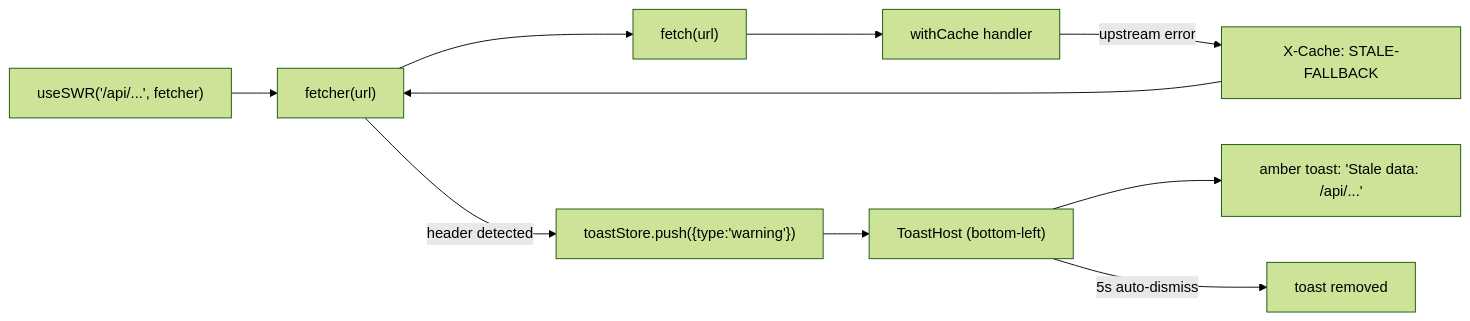
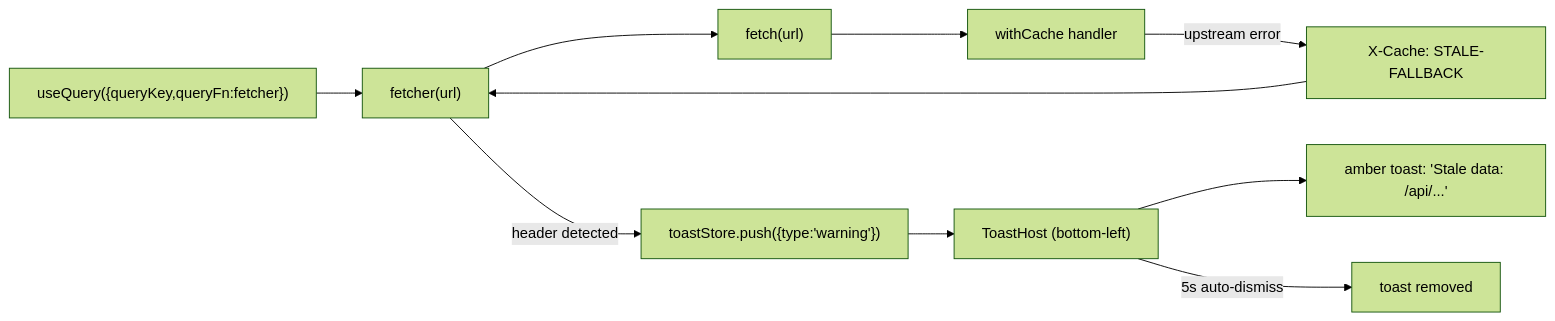
The ninth of 10 diagrams in docs/architecture.md (salsquared/mission-control), drawn with Mermaid (forest theme) before and after one commit. The commit also changed other lines of this file, not shown here.

First line of the commit message:
docs: refresh architecture.md to reflect MVP2 state

````diff
--- a/docs/architecture.md
+++ b/docs/architecture.md
@@ -677,12 +729,12 @@
 ```mermaid
 graph LR
-    SWR["useSWR('/api/...', fetcher)"] --> F["fetcher(url)"]
+    Q["useQuery({queryKey,queryFn:fetcher})"] --> F["fetcher(url)"]
     F --> Fetch["fetch(url)"]
     Fetch --> Cache["withCache handler"]
     Cache -->|upstream error| SF["X-Cache: STALE-FALLBACK"]
     SF --> F
     F -->|header detected| TS["toastStore.push({type:'warning'})"]
     TS --> TH["ToastHost (bottom-left)"]
     TH --> User["amber toast: 'Stale data: /api/...'"]
     TH -->|5s auto-dismiss| Gone["toast removed"]
 ```
````
